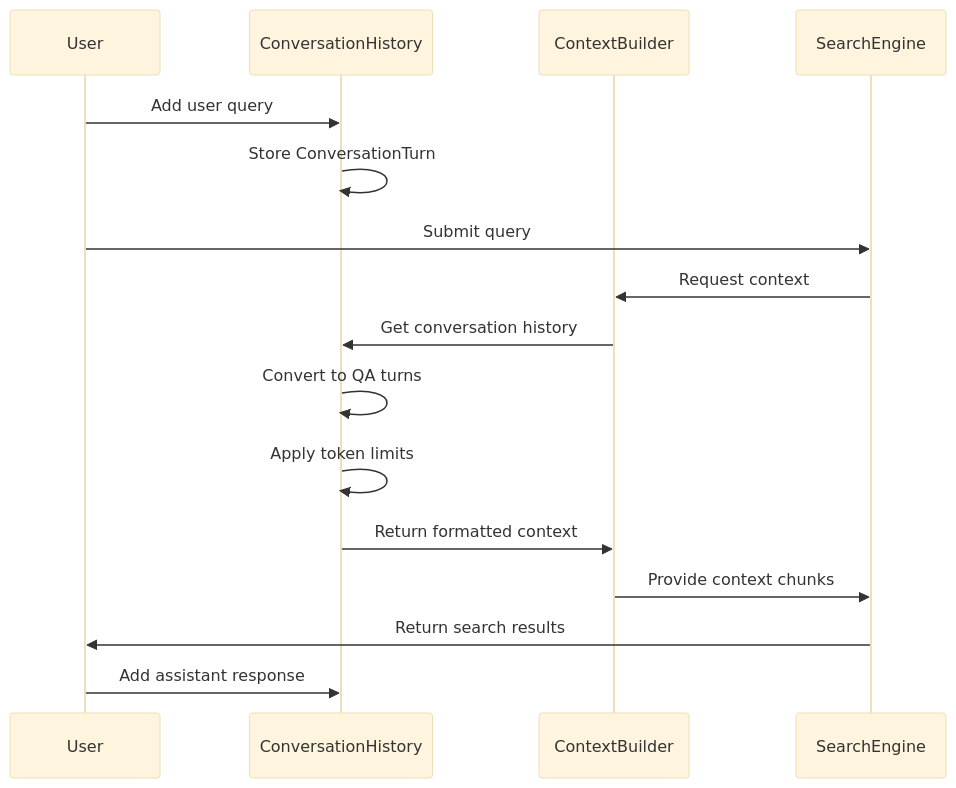
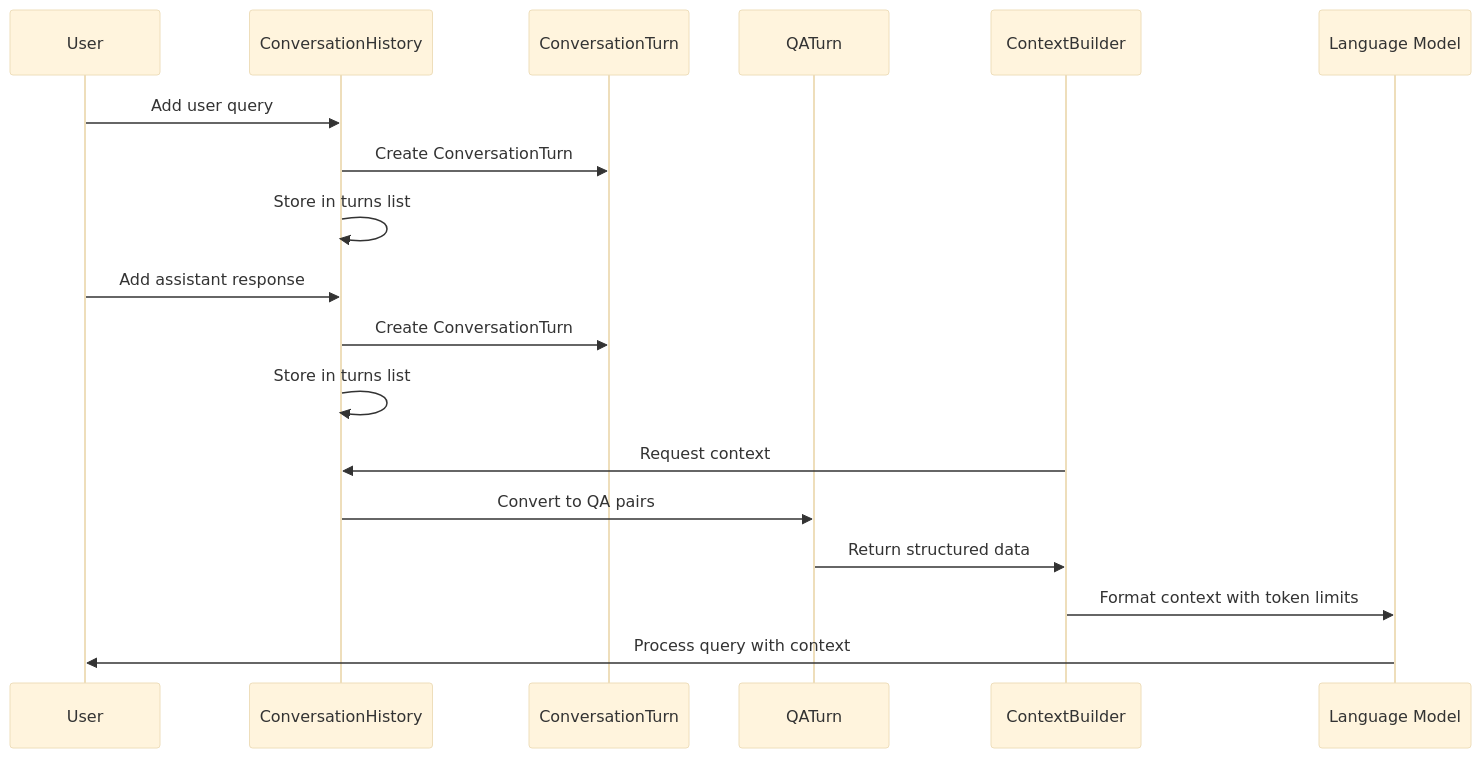
Before and after one commit to FSoft-AI4Code/codewiki-demo: the second of 5 diagrams in docs/microsoft--graphrag-docs/context_builder.md, drawn with Mermaid (base theme). The commit also changed other lines of this file and 1103 other files, not shown here.

````diff
--- a/docs/microsoft--graphrag-docs/context_builder.md
+++ b/docs/microsoft--graphrag-docs/context_builder.md
@@ -162,19 +97,23 @@
 ```mermaid
 sequenceDiagram
     participant User
     participant CH as ConversationHistory
+    participant CT as ConversationTurn
+    participant QAT as QATurn
     participant CB as ContextBuilder
-    participant Search as SearchEngine
+    participant LLM as Language Model
     
     User->>CH: Add user query
-    CH->>CH: Store ConversationTurn
-    User->>Search: Submit query
-    Search->>CB: Request context
-    CB->>CH: Get conversation history
-    CH->>CH: Convert to QA turns
-    CH->>CH: Apply token limits
-    CH->>CB: Return formatted context
-    CB->>Search: Provide context chunks
-    Search->>User: Return search results
+    CH->>CT: Create ConversationTurn
+    CH->>CH: Store in turns list
+    
     User->>CH: Add assistant response
+    CH->>CT: Create ConversationTurn
+    CH->>CH: Store in turns list
+    
+    CB->>CH: Request context
+    CH->>QAT: Convert to QA pairs
+    QAT->>CB: Return structured data
+    CB->>LLM: Format context with token limits
+    LLM->>User: Process query with context
 ```
````
